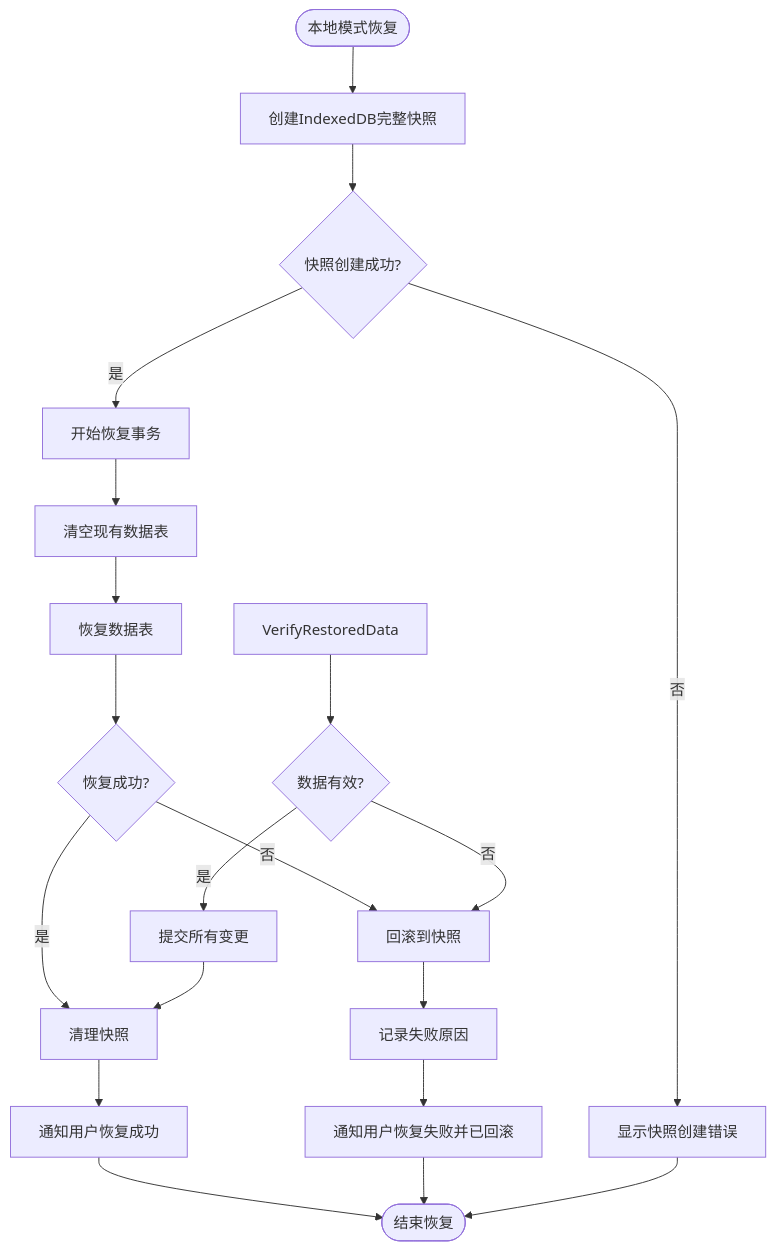
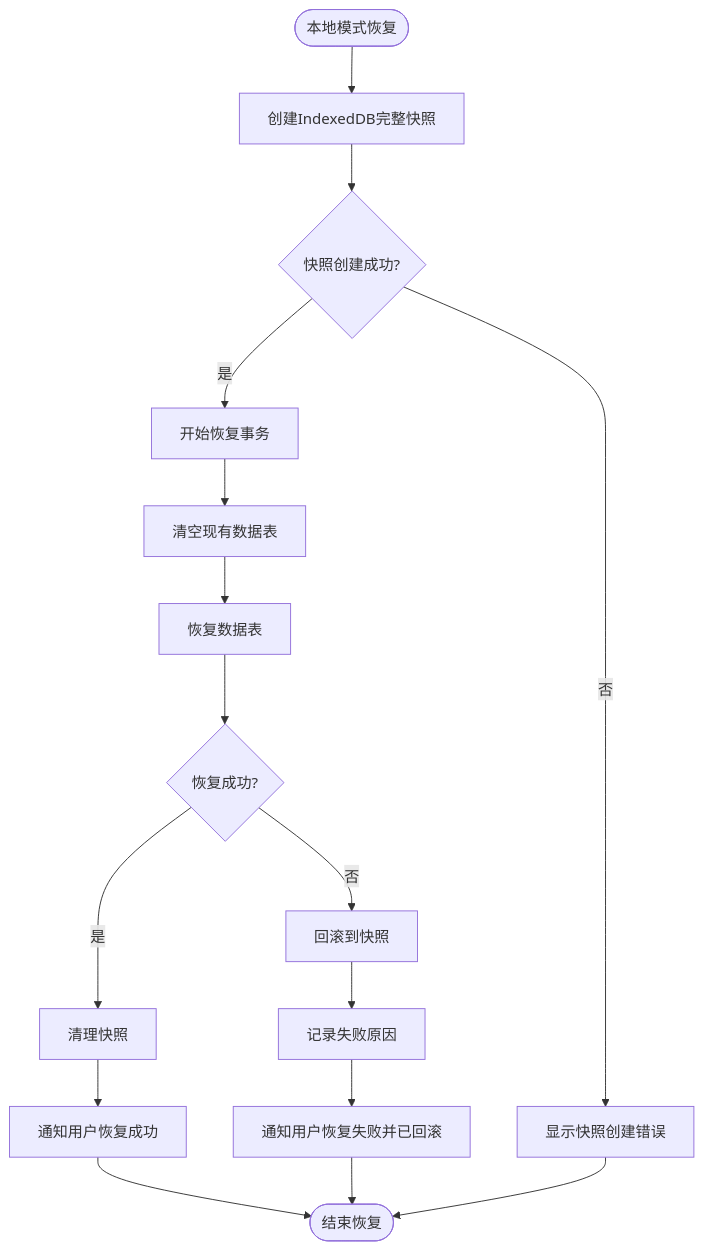
Before and after one commit to yingjianzh/iodraw-files: the diagram in all/未命名-53.md, drawn with Mermaid.

Commit message:
2025-05-09 17:10:52 update

````diff
--- a/all/未命名-53.md
+++ b/all/未命名-53.md
@@ -1,29 +1,25 @@
 ```mermaid
 flowchart TD
     Start([本地模式恢复]) --> CreateSnapshot[创建IndexedDB完整快照]
     CreateSnapshot --> SnapshotCreated{快照创建成功?}
     
     SnapshotCreated -->|否| ShowSnapshotError[显示快照创建错误]
     SnapshotCreated -->|是| BeginTransaction[开始恢复事务]
     
     BeginTransaction --> ClearExistingData[清空现有数据表]
     ClearExistingData --> RestoreDataTables[恢复数据表]
     
     RestoreDataTables --> Success{恢复成功?}
-    Success -->|是| CleanupSnapshot[验证恢复的数据]
+    Success -->|是| CleanupSnapshot[清理快照]
     Success -->|否| RollbackChanges[回滚到快照]
     
-    VerifyRestoredData --> DataValid{数据有效?}
-    DataValid -->|是| CommitChanges[提交所有变更]
-    DataValid -->|否| RollbackChanges
     
-    CommitChanges --> CleanupSnapshot[清理快照]
     RollbackChanges --> LogFailure[记录失败原因]
     
     CleanupSnapshot --> NotifySuccess[通知用户恢复成功]
     LogFailure --> NotifyFailure[通知用户恢复失败并已回滚]
     
     NotifySuccess --> End([结束恢复])
     NotifyFailure --> End
     ShowSnapshotError --> End
 ```
````
